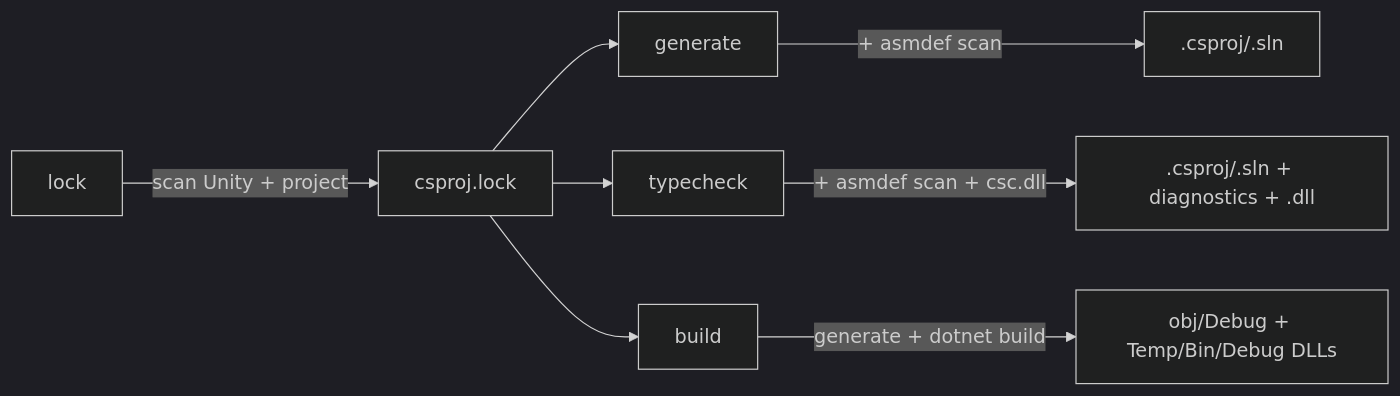
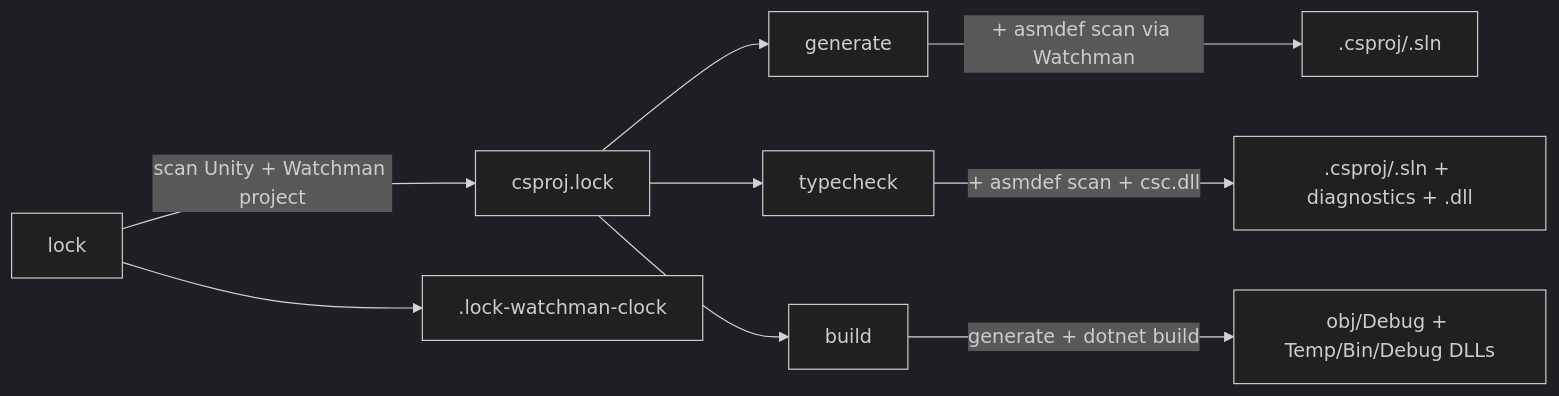
Before and after one commit to studio-boxcat/unity-solution-generator: the first of 2 diagrams in docs/architecture.md, drawn with Mermaid (dark theme). The commit also changed other lines of this file and 28 other files, not shown here.

````diff
--- a/docs/architecture.md
+++ b/docs/architecture.md
@@ -53,10 +70,11 @@
 ```mermaid
 graph LR
-    A[lock] -->|scan Unity + project| B[csproj.lock]
+    A[lock] -->|scan Unity + Watchman project| B[csproj.lock]
+    A --> CLK[.lock-watchman-clock]
     B --> C[generate]
     B --> T[typecheck]
     B --> X[build]
-    C -->|+ asmdef scan| D[.csproj/.sln]
+    C -->|+ asmdef scan via Watchman| D[.csproj/.sln]
     T -->|+ asmdef scan + csc.dll| E[.csproj/.sln + diagnostics + .dll]
     X -->|generate + dotnet build| F[obj/Debug + Temp/Bin/Debug DLLs]
 ```
````
